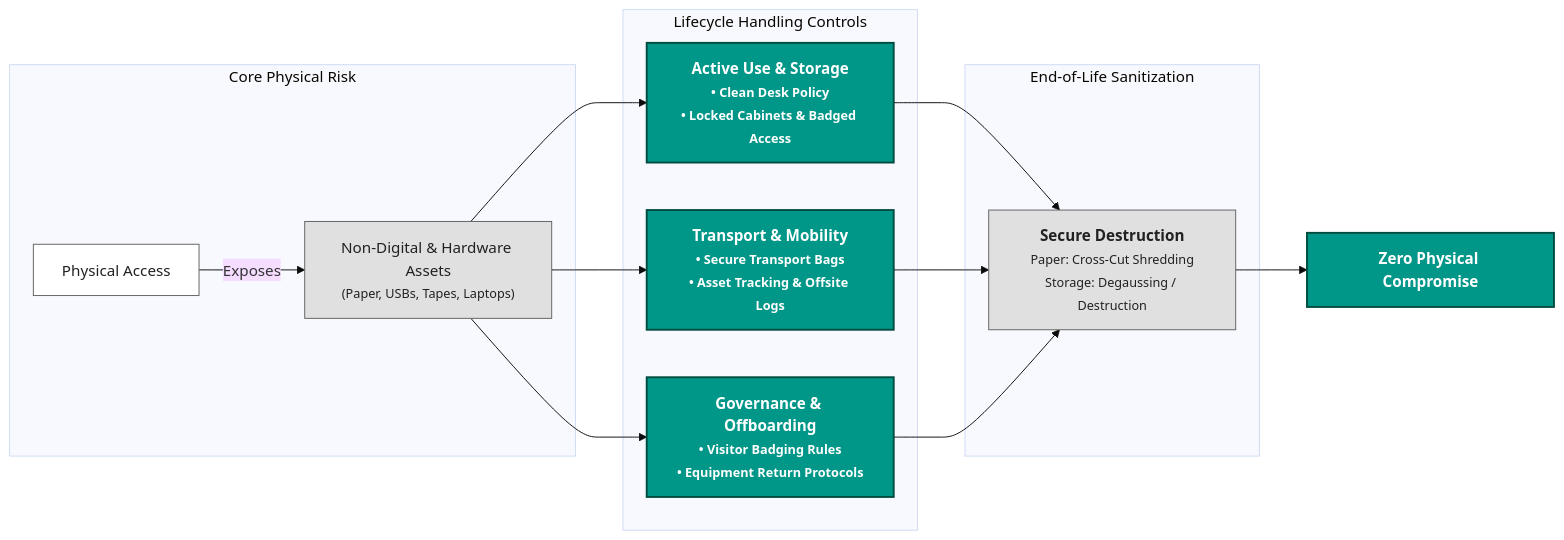
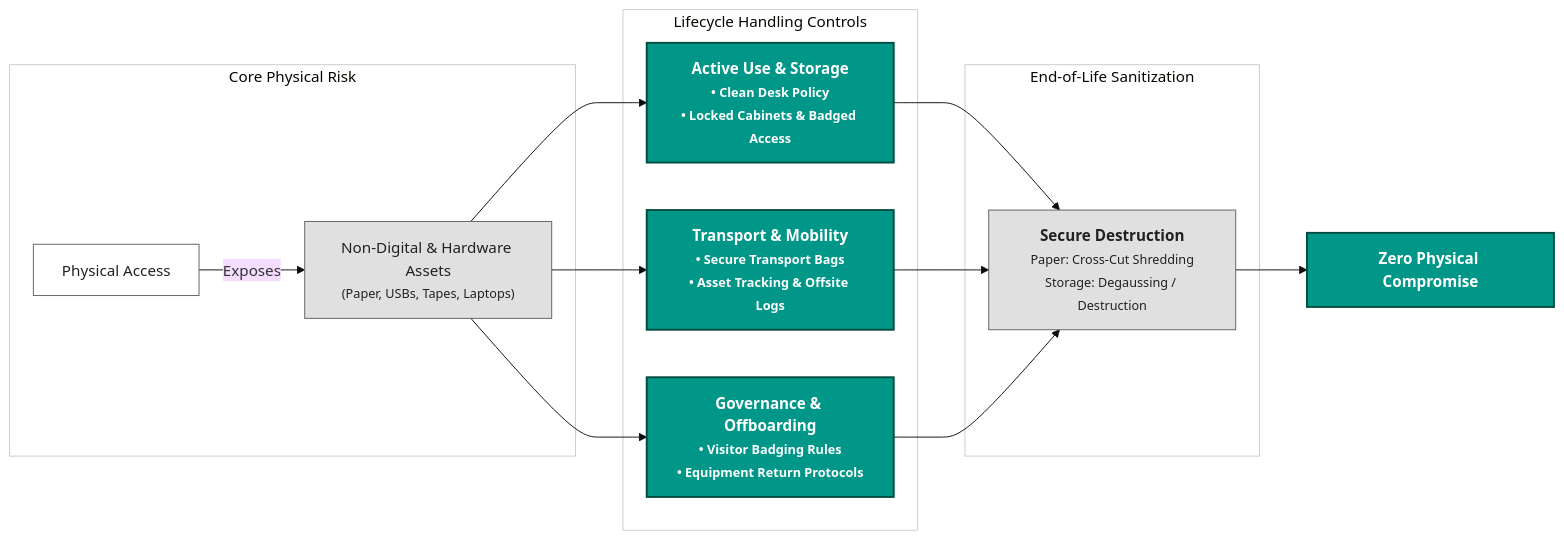
The first of 2 diagrams in DOMAIN2 - Asset Security/2.2 Establish information and asset handling requirements.md (lorenzoleonelli/CISSP-Zero-to-Hero), drawn with Mermaid (base theme) before and after one commit.

Commit message:
LL 2026-11-7:17:38:41

````diff
--- a/DOMAIN2 - Asset Security/2.2 Establish information and asset handling requirements.md
+++ b/DOMAIN2 - Asset Security/2.2 Establish information and asset handling requirements.md
@@ -8,29 +8,63 @@
 ```mermaid
 graph LR
-    classDef tealStyle fill:#009688,color:#ffffff,stroke:#004d40,stroke-width:2px,font-weight:bold;
-    classDef grayStyle fill:#e0e0e0,color:#212121,stroke:#616161,stroke-width:1px;
-    classDef whiteStyle fill:#ffffff,color:#212121,stroke:#616161,stroke-width:1px;
 
-    subgraph Risk [" Core Physical Risk"]
-        A["Physical Access"] -->|Exposes| B["Non-Digital & Hardware Assets<br/><small>(Paper, USBs, Tapes, Laptops)</small>"]
-    end
+    classDef tealStyle fill:#009688,color:#ffffff,stroke:#004d40,stroke-width:2px,font-weight:bold;
 
-    subgraph Controls [" Lifecycle Handling Controls"]
-        B --> C["<b>Active Use & Storage</b><br/><small>• Clean Desk Policy<br/>• Locked Cabinets & Badged Access</small>"]
-        B --> D["<b>Transport & Mobility</b><br/><small>• Secure Transport Bags<br/>• Asset Tracking & Offsite Logs</small>"]
-        B --> E["<b>Governance & Offboarding</b><br/><small>• Visitor Badging Rules<br/>• Equipment Return Protocols</small>"]
-    end
+    classDef grayStyle fill:#e0e0e0,color:#212121,stroke:#616161,stroke-width:1px;
 
-    subgraph Disposal [" End-of-Life Sanitization"]
-        C --> F["<b>Secure Destruction</b><br/><small>Paper: Cross-Cut Shredding<br/>Storage: Degaussing / Destruction</small>"]
-        D --> F
-        E --> F
-    end
+    classDef whiteStyle fill:#ffffff,color:#212121,stroke:#616161,stroke-width:1px;
 
-    F --> G["<b>Zero Physical Compromise</b>"]
+  
 
-    class A whiteStyle;
-    class B grayStyle;
-    class C,D,E,G tealStyle;
-    class F grayStyle;
+    subgraph Risk [" Core Physical Risk"]
+
+        A["Physical Access"] -->|Exposes| B["Non-Digital & Hardware Assets<br/><small>(Paper, USBs, Tapes, Laptops)</small>"]
+
+    end
+
+  
+
+    subgraph Controls [" Lifecycle Handling Controls"]
+
+        B --> C["<b>Active Use & Storage</b><br/><small>• Clean Desk Policy<br/>• Locked Cabinets & Badged Access</small>"]
+
+        B --> D["<b>Transport & Mobility</b><br/><small>• Secure Transport Bags<br/>• Asset Tracking & Offsite Logs</small>"]
+
+        B --> E["<b>Governance & Offboarding</b><br/><small>• Visitor Badging Rules<br/>• Equipment Return Protocols</small>"]
+
+    end
+
+  
+
+    subgraph Disposal [" End-of-Life Sanitization"]
+
+        C --> F["<b>Secure Destruction</b><br/><small>Paper: Cross-Cut Shredding<br/>Storage: Degaussing / Destruction</small>"]
+
+        D --> F
+
+        E --> F
+
+    end
+
+  
+
+    F --> G["<b>Zero Physical Compromise</b>"]
+
+  
+
+    class A whiteStyle;
+
+    class B grayStyle;
+
+    class C,D,E,G tealStyle;
+
+    class F grayStyle;
+
+  
+
+    style Risk fill:#ffffff,stroke:#cccccc,stroke-width:1px;
+
+    style Controls fill:#ffffff,stroke:#cccccc,stroke-width:1px;
+
+    style Disposal fill:#ffffff,stroke:#cccccc,stroke-width:1px;
 ```
````
